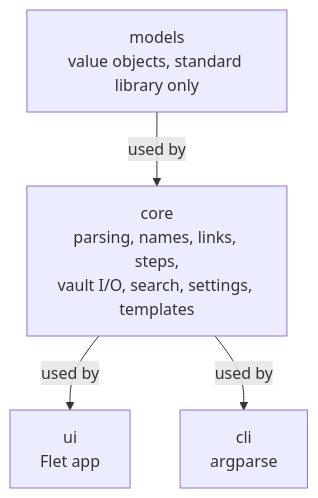
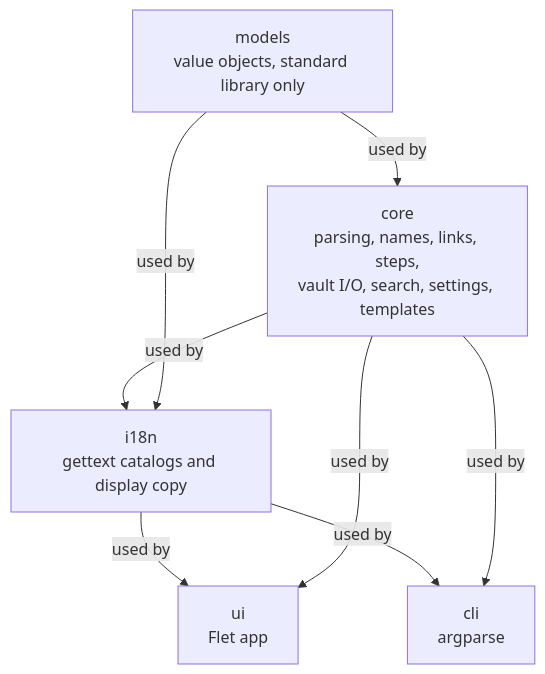
One commit to knkillname/afanes changed the diagram in docs/develop/architecture.md. Above: the diagram before and after it, drawn with Mermaid. The commit also changed other lines of this file and 179 other files, not shown here.

````diff
--- a/docs/develop/architecture.md
+++ b/docs/develop/architecture.md
@@ -16,14 +17,19 @@
 ```mermaid
 flowchart TD
     accTitle: Afanes package layers
-    accDescr: models is used by core. core is used by ui and cli. ui and cli never import each other.
+    accDescr: models is used by core and i18n. core is used by i18n, ui, and cli. i18n is used by ui and cli. ui and cli never import each other.
 
     models["models<br/>value objects, standard library only"]
     core["core<br/>parsing, names, links, steps,<br/>vault I/O, search, settings, templates"]
+    i18n["i18n<br/>gettext catalogs and display copy"]
     ui["ui<br/>Flet app"]
     cli["cli<br/>argparse"]
 
     models -->|used by| core
+    core -->|used by| i18n
+    models -->|used by| i18n
+    i18n -->|used by| ui
     core -->|used by| ui
+    i18n -->|used by| cli
     core -->|used by| cli
 ```
````
